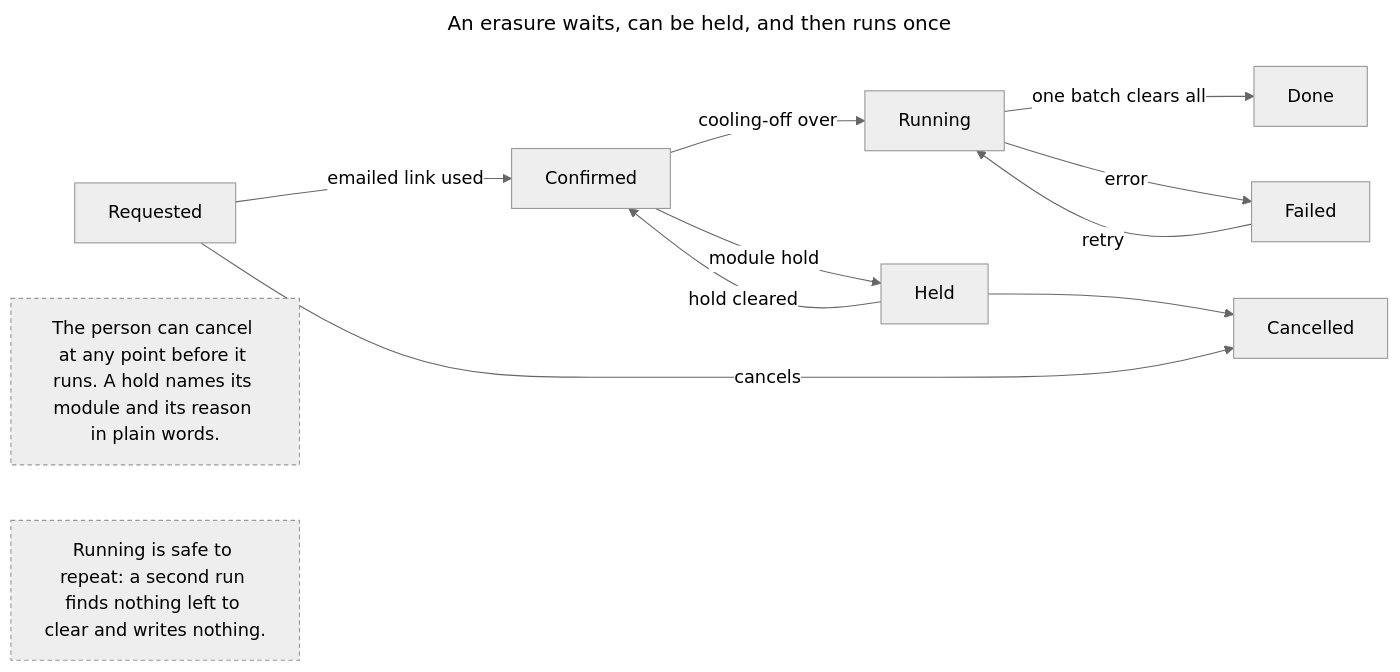
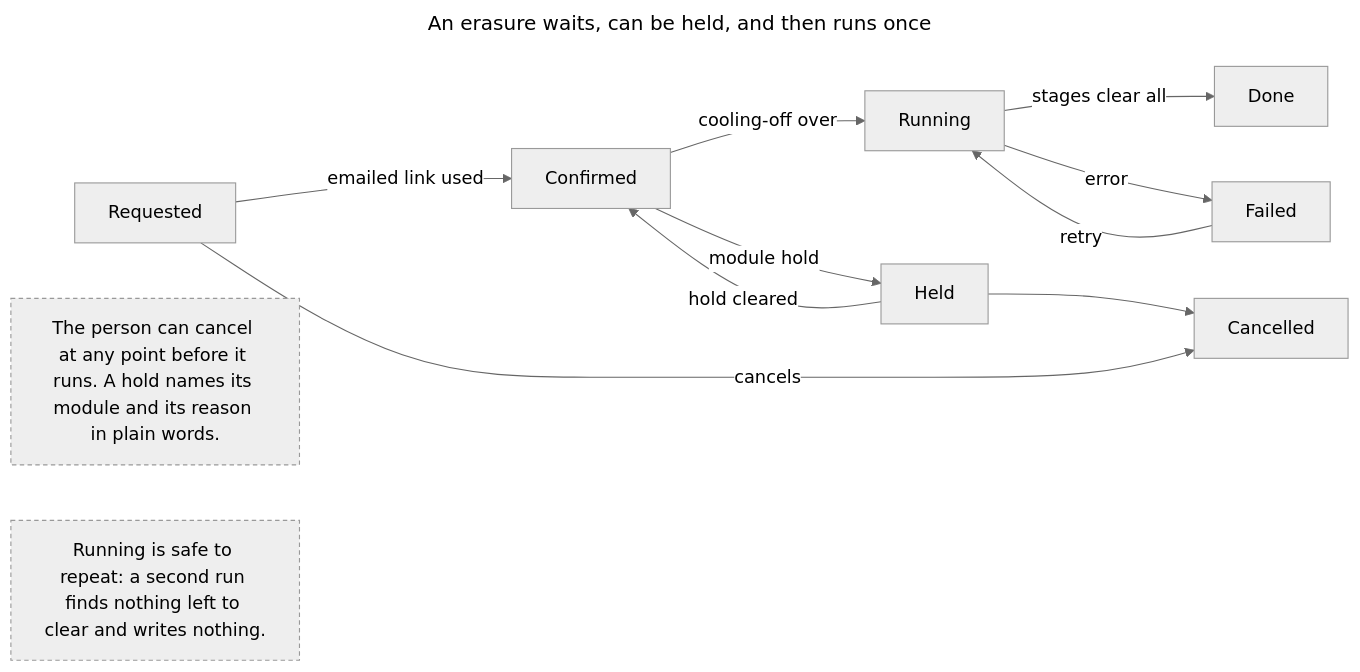
The fourth of 4 diagrams in docs/specs/identity/04-states-and-rules.md (newtheatre/proscenium), drawn with Mermaid (neutral theme) before and after one commit. The commit also changed other lines of this file and 15 other files, not shown here.

````diff
--- a/docs/specs/identity/04-states-and-rules.md
+++ b/docs/specs/identity/04-states-and-rules.md
@@ -255,19 +255,19 @@
 ```mermaid
 ---
 title: An erasure waits, can be held, and then runs once
 ---
 flowchart LR
   R["Requested"] -->|"emailed link used"| C["Confirmed"]
   C -->|"cooling-off over"| N["Running"]
-  N -->|"one batch clears all"| D["Done"]
+  N -->|"stages clear all"| D["Done"]
   R -->|"cancels"| X["Cancelled"]
   C -->|"module hold"| H["Held"]
   H -->|"hold cleared"| C
   H --> X
   N -->|"error"| F["Failed"]
   F -->|"retry"| N
   N1["The person can cancel at any point before it runs. A hold names its module and its reason in plain words."]
   N2["Running is safe to repeat: a second run finds nothing left to clear and writes nothing."]
   style N1 stroke-dasharray: 4 3
   style N2 stroke-dasharray: 4 3
 ```
````
